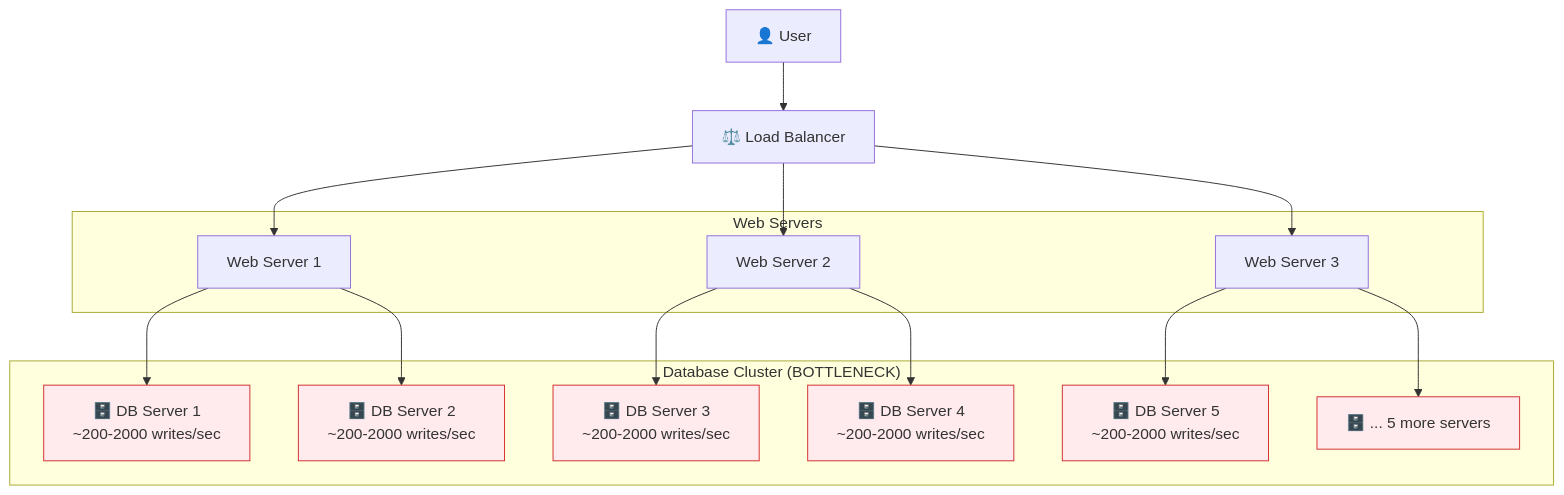
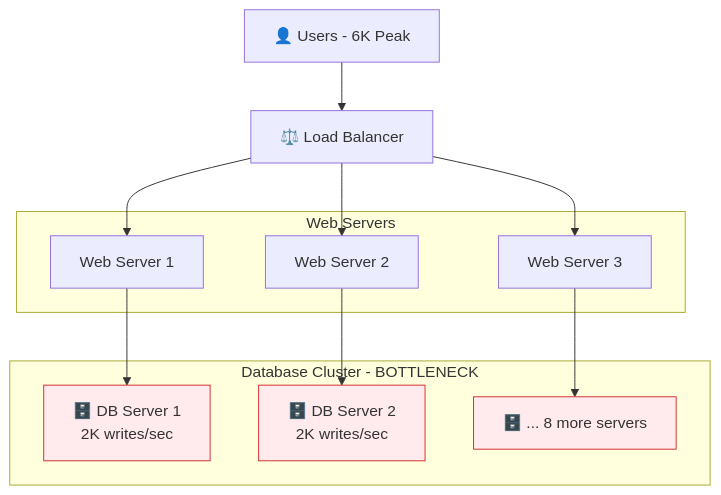
Before and after one commit to fewsh-son/redis: the first of 3 diagrams in login-cookie-cache/README.md, drawn with Mermaid. The commit also changed other lines of this file, not shown here.

````diff
--- a/login-cookie-cache/README.md
+++ b/login-cookie-cache/README.md
@@ -19,39 +22,27 @@
 ```mermaid
 graph TB
-    User[👤 User]
+    User[👤 Users - 6K Peak]
     LB[⚖️ Load Balancer]
 
     subgraph "Web Servers"
         WS1[Web Server 1]
         WS2[Web Server 2]
         WS3[Web Server 3]
     end
 
-    subgraph "Database Cluster (BOTTLENECK)"
-        DB1[🗄️ DB Server 1<br/>~200-2000 writes/sec]
-        DB2[🗄️ DB Server 2<br/>~200-2000 writes/sec]
-        DB3[🗄️ DB Server 3<br/>~200-2000 writes/sec]
-        DB4[🗄️ DB Server 4<br/>~200-2000 writes/sec]
-        DB5[🗄️ DB Server 5<br/>~200-2000 writes/sec]
-        DBMore[🗄️ ... 5 more servers]
+    subgraph "Database Cluster - BOTTLENECK"
+        DB1[🗄️ DB Server 1<br/>2K writes/sec]
+        DB2[🗄️ DB Server 2<br/>2K writes/sec]
+        DB3[🗄️ ... 8 more servers]
     end
 
     User --> LB
-    LB --> WS1
-    LB --> WS2
-    LB --> WS3
-
+    LB --> WS1 & WS2 & WS3
     WS1 --> DB1
-    WS1 --> DB2
-    WS2 --> DB3
-    WS2 --> DB4
-    WS3 --> DB5
-    WS3 --> DBMore
+    WS2 --> DB2
+    WS3 --> DB3
 
     style DB1 fill:#ffebee,stroke:#d32f2f
     style DB2 fill:#ffebee,stroke:#d32f2f
     style DB3 fill:#ffebee,stroke:#d32f2f
-    style DB4 fill:#ffebee,stroke:#d32f2f
-    style DB5 fill:#ffebee,stroke:#d32f2f
-    style DBMore fill:#ffebee,stroke:#d32f2f
 ```
````
